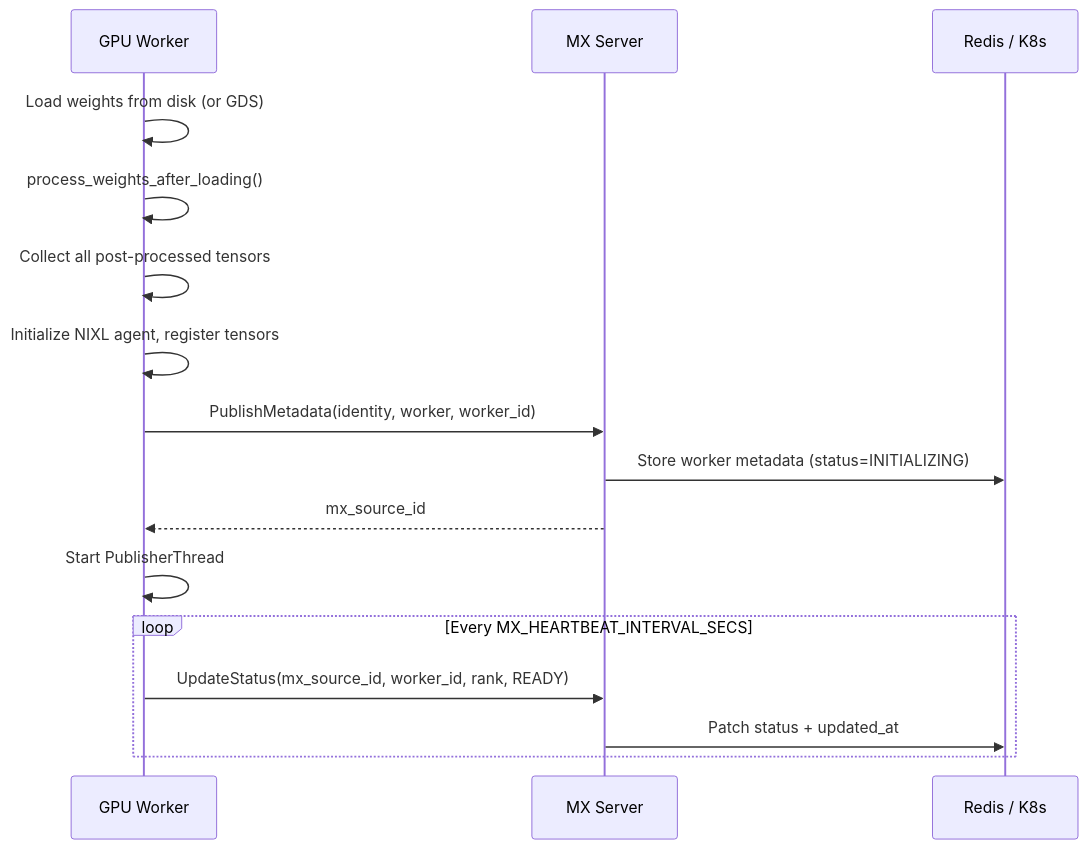
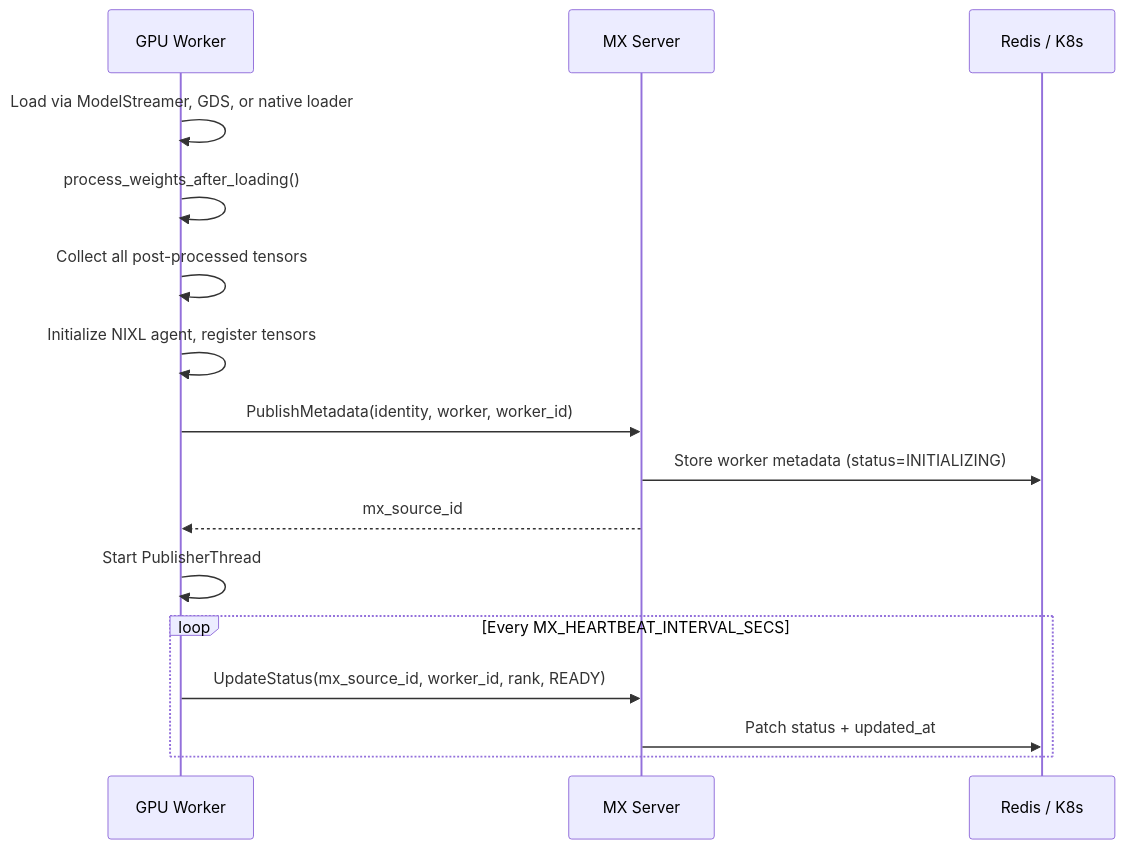
One commit to ai-dynamo/modelexpress changed the second of 3 diagrams in docs/metadata.md. Above: the diagram before and after it, drawn with Mermaid. The commit also changed other lines of this file and 10 other files, not shown here.

````diff
--- a/docs/metadata.md
+++ b/docs/metadata.md
@@ -463,19 +463,19 @@
 ```mermaid
 sequenceDiagram
     participant W as GPU Worker
     participant MX as MX Server
     participant Backend as Redis / K8s
 
-    W->>W: Load weights from disk (or GDS)
+    W->>W: Load via ModelStreamer, GDS, or native loader
     W->>W: process_weights_after_loading()
     W->>W: Collect all post-processed tensors
     W->>W: Initialize NIXL agent, register tensors
     W->>MX: PublishMetadata(identity, worker, worker_id)
     MX->>Backend: Store worker metadata (status=INITIALIZING)
     MX-->>W: mx_source_id
     W->>W: Start PublisherThread
     loop Every MX_HEARTBEAT_INTERVAL_SECS
         W->>MX: UpdateStatus(mx_source_id, worker_id, rank, READY)
         MX->>Backend: Patch status + updated_at
     end
 ```
````
